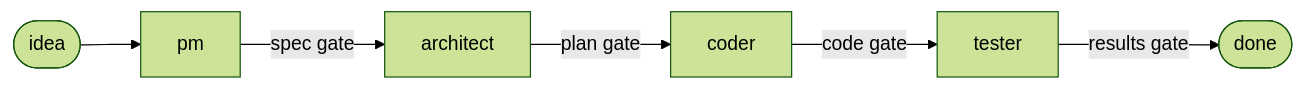
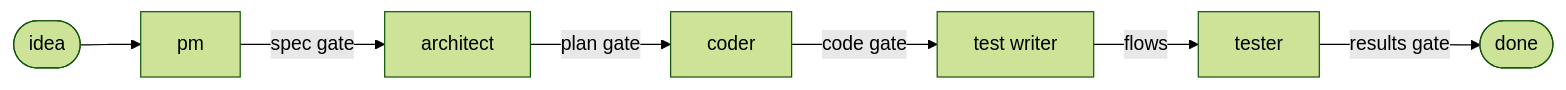
One commit to jaxvy/agentic-dev-team changed the second of 4 diagrams in README.md. Above: the diagram before and after it, drawn with Mermaid (forest theme). The commit also changed other lines of this file and 15 other files, not shown here.

First line of the commit message:
Add the Test Writer, and run device tests as flows with no model

````diff
--- a/README.md
+++ b/README.md
@@ -95,8 +101,9 @@
 ```mermaid
 flowchart LR
   I(["idea"]) --> PM["pm"]
   PM -->|"spec gate"| AR["architect"]
   AR -->|"plan gate"| CO["coder"]
-  CO -->|"code gate"| TE["tester"]
+  CO -->|"code gate"| TW["test writer"]
+  TW -->|"flows"| TE["tester"]
   TE -->|"results gate"| E(["done"])
 ```
````
